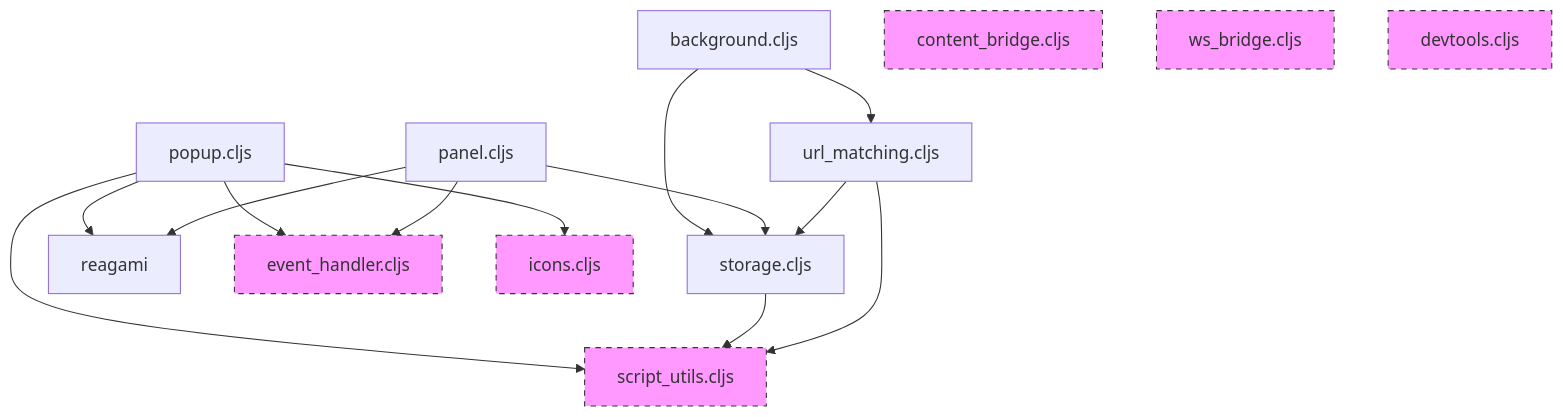
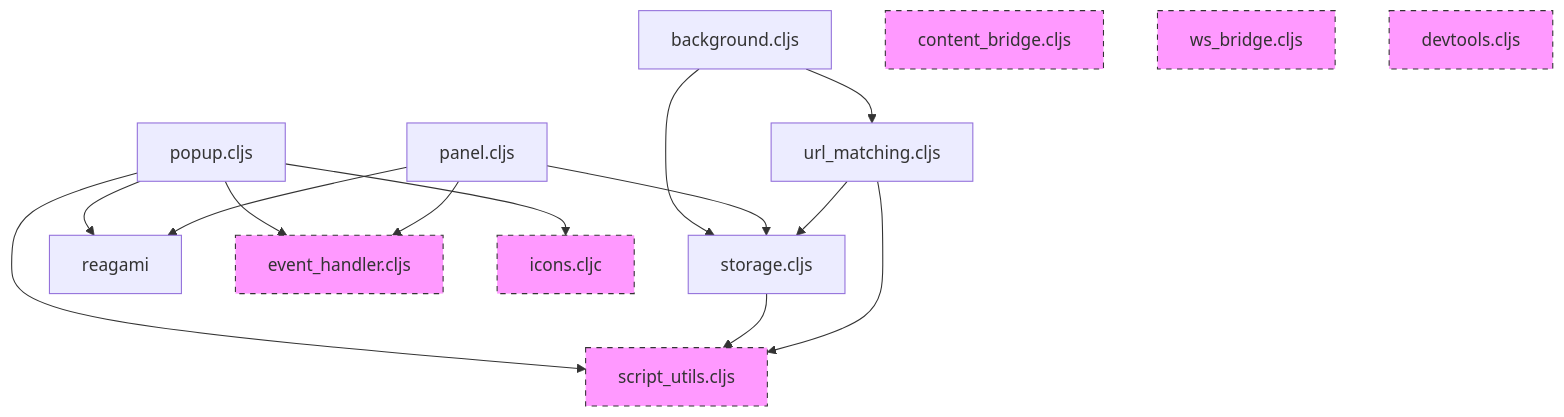
One commit to PEZ/epupp changed the fourth of 5 diagrams in dev/docs/archive/architecture-monolith.md. Above: the diagram before and after it, drawn with Mermaid. The commit also changed other lines of this file and 9 other files, not shown here.

Commit message:
icons.cljc

````diff
--- a/dev/docs/archive/architecture-monolith.md
+++ b/dev/docs/archive/architecture-monolith.md
@@ -393,27 +393,27 @@
 ```mermaid
 graph TD
     background.cljs --> storage.cljs
     background.cljs --> url_matching.cljs
 
     popup.cljs --> reagami
     popup.cljs --> event_handler.cljs
-    popup.cljs --> icons.cljs
+    popup.cljs --> icons.cljc
     popup.cljs --> script_utils.cljs
 
     panel.cljs --> reagami
     panel.cljs --> event_handler.cljs
     panel.cljs --> storage.cljs
 
     storage.cljs --> script_utils.cljs
     url_matching.cljs --> storage.cljs
     url_matching.cljs --> script_utils.cljs
 
     content_bridge.cljs:::standalone
     ws_bridge.cljs:::standalone
     devtools.cljs:::standalone
     script_utils.cljs:::standalone
     event_handler.cljs:::standalone
-    icons.cljs:::standalone
+    icons.cljc:::standalone
 
     classDef standalone fill:#f9f,stroke:#333,stroke-dasharray: 5 5
 ```
````
